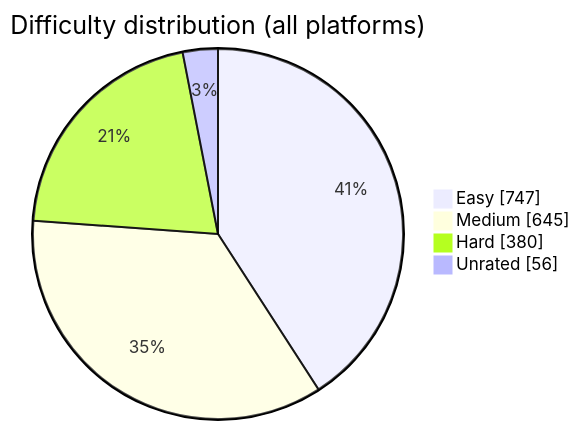
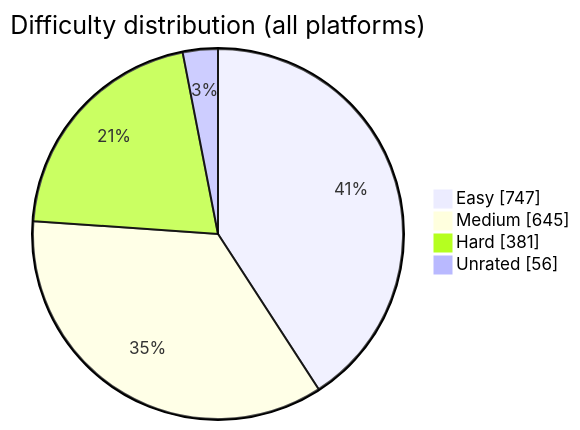
The diagram in README.md (BuildbyArindam/Daily-Coding-Log), drawn with Mermaid before and after one commit. The commit also changed other lines of this file, not shown here.

````diff
--- a/README.md
+++ b/README.md
@@ -108,7 +108,7 @@
 ```mermaid
 pie showData title Difficulty distribution (all platforms)
     "Easy" : 747
     "Medium" : 645
-    "Hard" : 380
+    "Hard" : 381
     "Unrated" : 56
 ```
````
